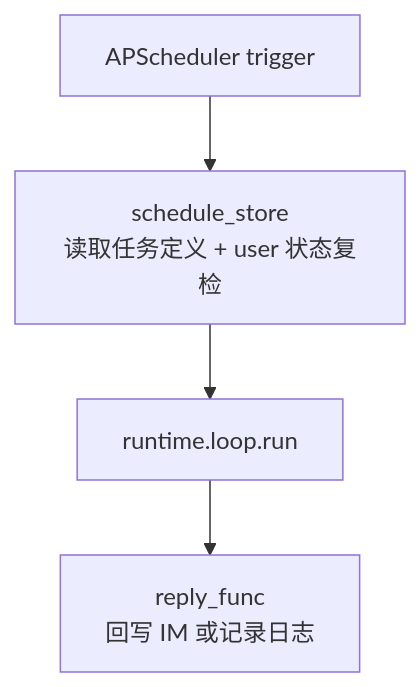
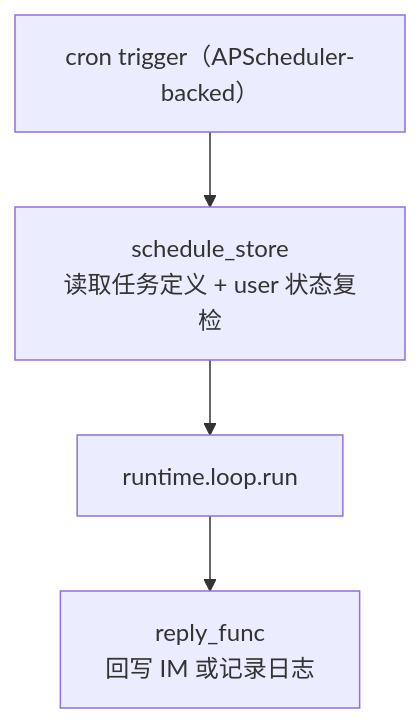
One commit to Summy2104/fleetent changed the fourth of 4 diagrams in docs/architecture.md. Above: the diagram before and after it, drawn with Mermaid. The commit also changed other lines of this file and 10 other files, not shown here.

````diff
--- a/docs/architecture.md
+++ b/docs/architecture.md
@@ -75,6 +75,6 @@
 ```mermaid
 flowchart TD
-    A["APScheduler trigger"] --> B["schedule_store\n读取任务定义 + user 状态复检"]
+    A["cron trigger（APScheduler-backed）"] --> B["schedule_store\n读取任务定义 + user 状态复检"]
     B --> C["runtime.loop.run"]
     C --> D["reply_func\n回写 IM 或记录日志"]
 ```
````
